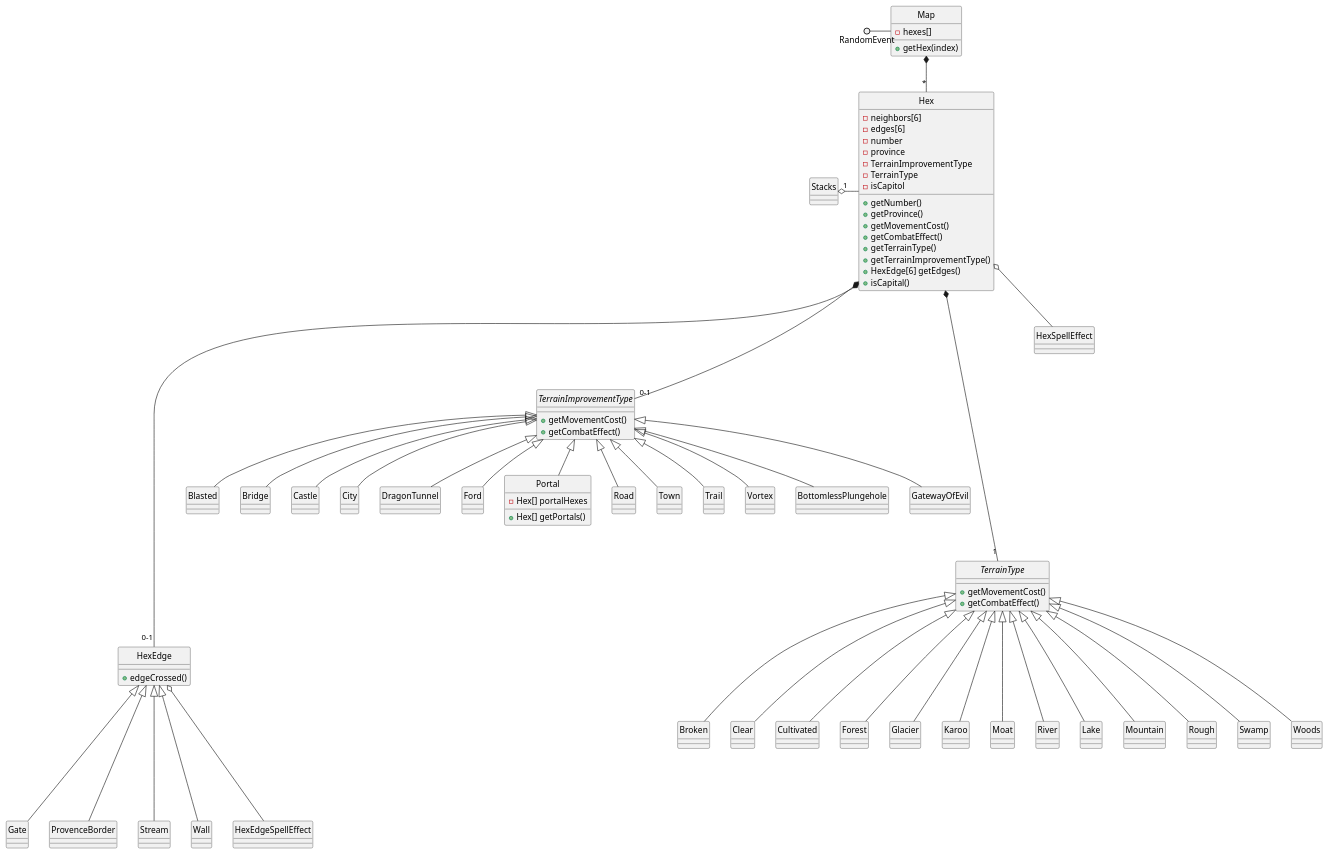
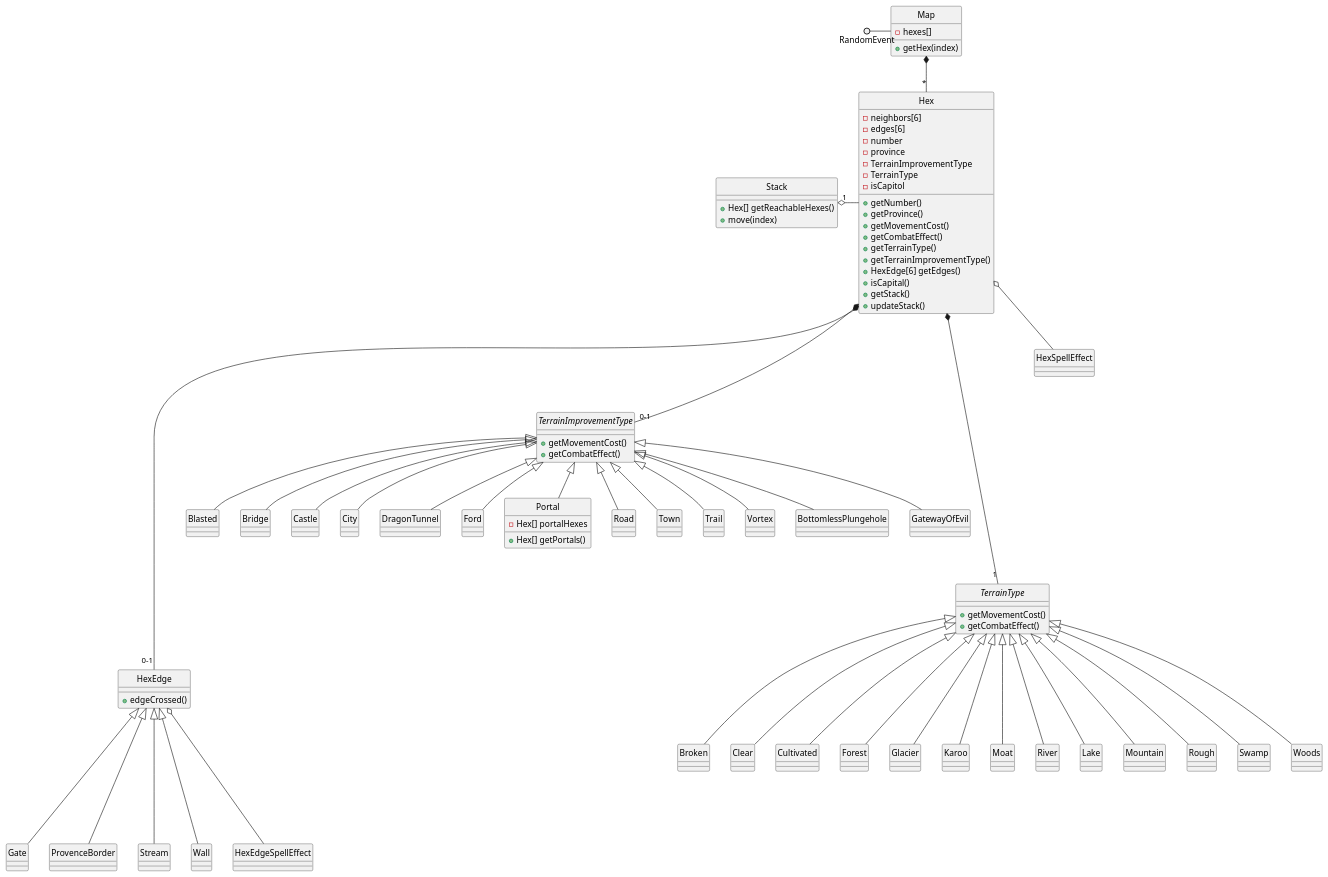
Before and after one commit to CS383-Sword-and-Sorcery/HW3: the diagram in Map.pu, drawn with PlantUML.

Commit message:
even more changes

```diff
--- a/Map.pu
+++ b/Map.pu
@@ -1,122 +1,129 @@
 @startuml
 hide circle
 
 class Map {
 -hexes[]
 +getHex(index)
 }
 
 class Hex {
 -neighbors[6]
 -edges[6]
 -number
 -province
 -TerrainImprovementType
 -TerrainType
 -isCapitol
 +getNumber()
 +getProvince()
 +getMovementCost()
 +getCombatEffect()
 +getTerrainType()
 +getTerrainImprovementType()
 +HexEdge[6] getEdges()
 +isCapital()
++getStack()
++updateStack()
+}
+
+class Stack {
+	+Hex[] getReachableHexes()
+	+move(index)
 }
 
 class HexEdge {
 +edgeCrossed()
 }
 
 interface TerrainImprovementType {
 +getMovementCost()
 +getCombatEffect()
 }
 
 interface TerrainType {
 +getMovementCost()
 +getCombatEffect()
 }
 
 class Blasted
 class Bridge
 class Gate
 class Broken
 class Castle
 class City
 class Clear
 class Cultivated
 class DragonTunnel
 class Ford
 class Forest
 class Glacier
 class Karoo
 class Moat
 class River
 class Lake
 class Mountain
 class Portal {
     -Hex[] portalHexes
     +Hex[] getPortals()
 }
 class ProvenceBorder
 class Road
 class Rough
 class Stream
 class Swamp
 class Town
 class Trail
 class Vortex
 class Wall
 class Woods
 class BottomlessPlungehole
 class GatewayOfEvil
 class HexEdgeSpellEffect
 class     HexSpellEffect
 
 RandomEvent ()- Map
 
 
 Map *-- "*" Hex
-Stacks "1" o- Hex
+Stack "1" o- Hex
 
 
 Hex *----- "1" TerrainType
 Hex *--- "0-1" TerrainImprovementType
 Hex *------ "0-1" HexEdge 
 Hex o-- HexSpellEffect
 
 TerrainImprovementType <|-- Blasted
 TerrainImprovementType <|-- Bridge
 TerrainImprovementType <|-- Castle
 TerrainImprovementType <|-- City
 TerrainImprovementType <|-- DragonTunnel
 TerrainImprovementType <|-- Ford
 TerrainImprovementType <|-- Portal
 TerrainImprovementType <|-- Road
 TerrainImprovementType <|-- Town
 TerrainImprovementType <|-- Trail
 TerrainImprovementType <|-- Vortex
 TerrainImprovementType <|-- BottomlessPlungehole
 TerrainImprovementType <|-- GatewayOfEvil
 
 TerrainType <|--- Broken
 TerrainType <|--- Clear
 TerrainType <|--- Cultivated
 TerrainType <|--- Forest
 TerrainType <|--- Glacier
 TerrainType <|--- Karoo
 TerrainType <|--- River
 TerrainType <|--- Lake
 TerrainType <|--- Moat
 TerrainType <|--- Mountain
 TerrainType <|--- Rough
 TerrainType <|--- Swamp
 TerrainType <|--- Woods
 
 HexEdge <|---- ProvenceBorder
 HexEdge <|---- Stream
 HexEdge <|---- Wall
 HexEdge  o---- HexEdgeSpellEffect
 HexEdge <|---- Gate
 @enduml
```
